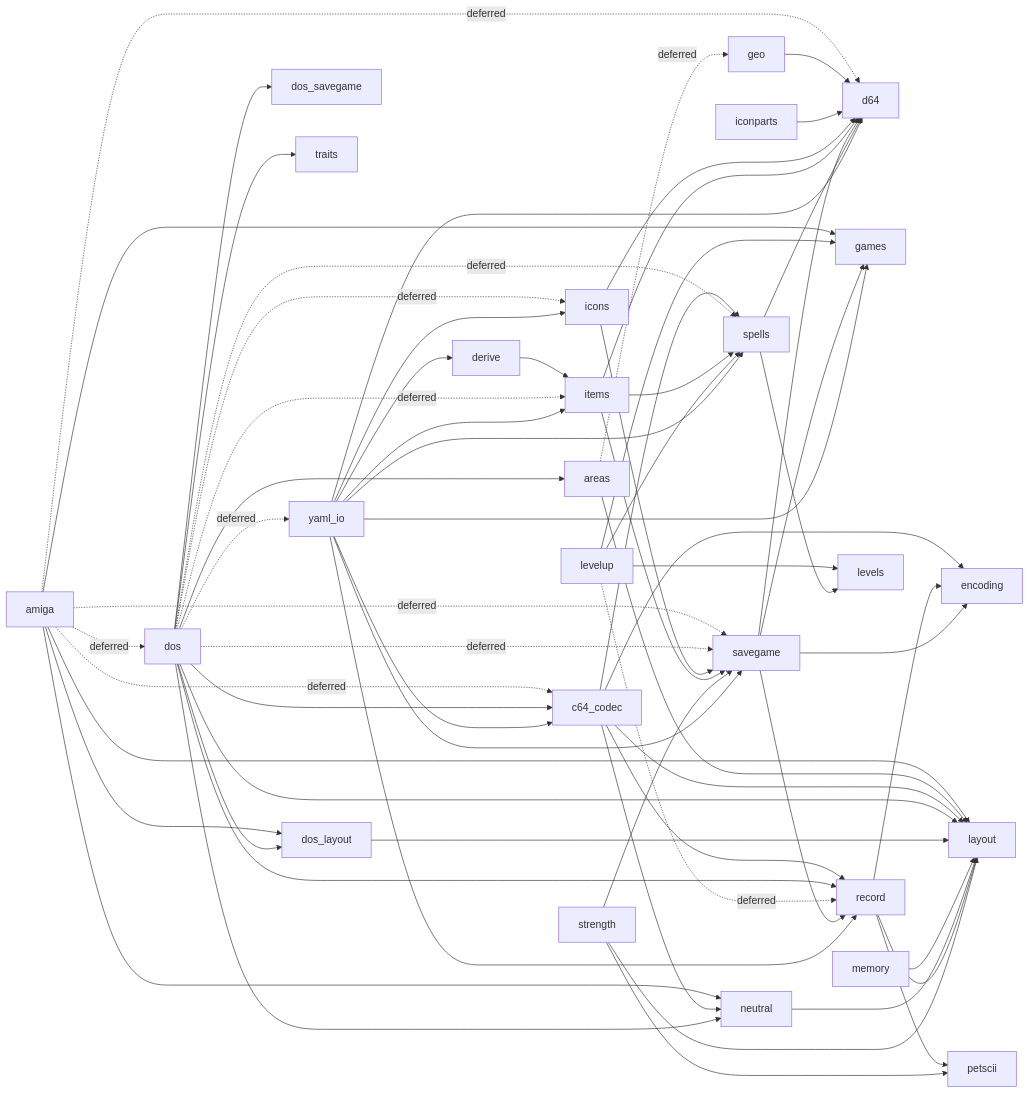
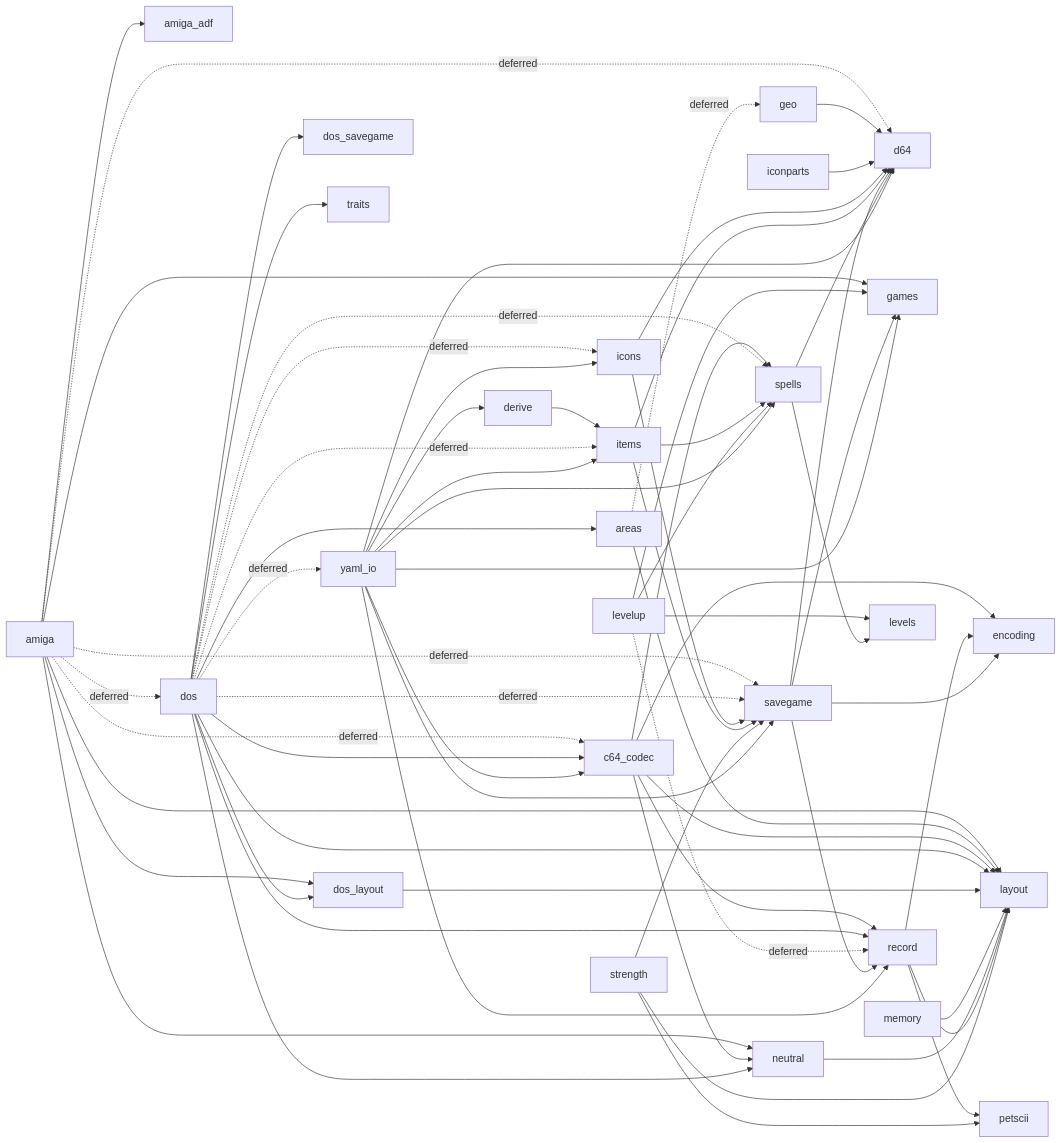
One commit to malcyon/wish changed the fourth of 4 diagrams in docs/117-save-conversion.md. Above: the diagram before and after it, drawn with Mermaid. The commit also changed other lines of this file and 6 other files, not shown here.

````diff
--- a/docs/117-save-conversion.md
+++ b/docs/117-save-conversion.md
@@ -1268,67 +1321,68 @@
 ```mermaid
 graph LR
+  amiga --> amiga_adf
   amiga -.->|deferred| c64_codec
   amiga -.->|deferred| d64
   amiga -.->|deferred| dos
   amiga --> dos_layout
   amiga --> games
   amiga --> layout
   amiga --> neutral
   amiga -.->|deferred| savegame
   areas -.->|deferred| geo
   areas --> layout
   c64_codec --> encoding
   c64_codec --> layout
   c64_codec --> neutral
   c64_codec --> record
   c64_codec --> spells
   derive --> items
   dos --> areas
   dos --> c64_codec
   dos --> dos_layout
   dos --> dos_savegame
   dos -.->|deferred| icons
   dos -.->|deferred| items
   dos --> layout
   dos --> neutral
   dos --> record
   dos -.->|deferred| savegame
   dos -.->|deferred| spells
   dos --> traits
   dos -.->|deferred| yaml_io
   dos_layout --> layout
   geo --> d64
   iconparts --> d64
   icons --> d64
   icons --> savegame
   items --> d64
   items --> savegame
   items --> spells
   levelup --> games
   levelup --> levels
   levelup -.->|deferred| record
   levelup --> spells
   memory --> layout
   neutral --> layout
   record --> encoding
   record --> layout
   record --> petscii
   savegame --> d64
   savegame --> encoding
   savegame --> games
   savegame --> record
   spells --> d64
   spells --> levels
   strength --> layout
   strength --> petscii
   strength --> savegame
   yaml_io --> c64_codec
   yaml_io --> d64
   yaml_io --> derive
   yaml_io --> games
   yaml_io --> icons
   yaml_io --> items
   yaml_io --> record
   yaml_io --> savegame
   yaml_io --> spells
 ```
````
